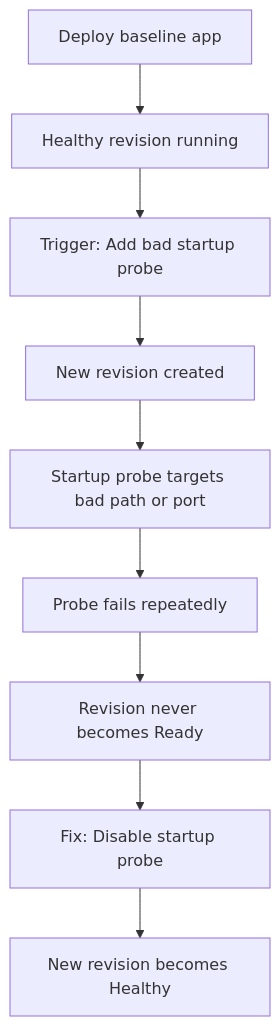
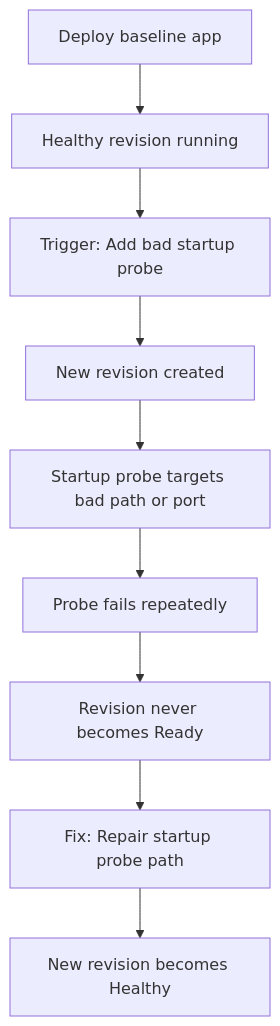
The diagram in docs/troubleshooting/lab-guides/revision-provisioning-failure.md (yeongseon/azure-container-apps-practical-guide), drawn with Mermaid before and after one commit. The commit also changed other lines of this file and 49 other files, not shown here.

````diff
--- a/docs/troubleshooting/lab-guides/revision-provisioning-failure.md
+++ b/docs/troubleshooting/lab-guides/revision-provisioning-failure.md
@@ -58,11 +58,11 @@
 ```mermaid
 flowchart TD
     A[Deploy baseline app] --> B[Healthy revision running]
     B --> C[Trigger: Add bad startup probe]
     C --> D[New revision created]
     D --> E[Startup probe targets bad path or port]
     E --> F[Probe fails repeatedly]
     F --> G[Revision never becomes Ready]
-    G --> H[Fix: Disable startup probe]
+    G --> H[Fix: Repair startup probe path]
     H --> I[New revision becomes Healthy]
 ```
````
